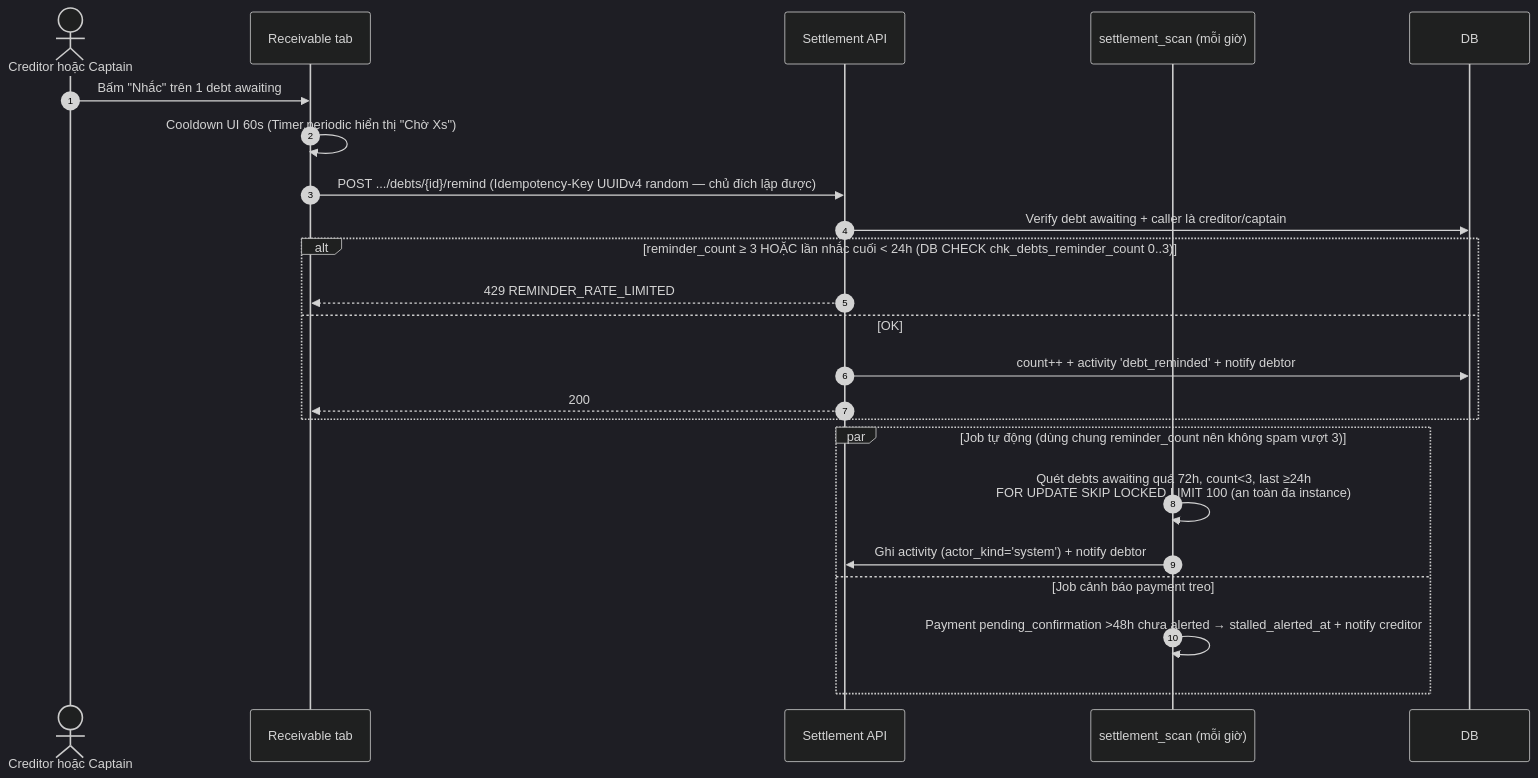
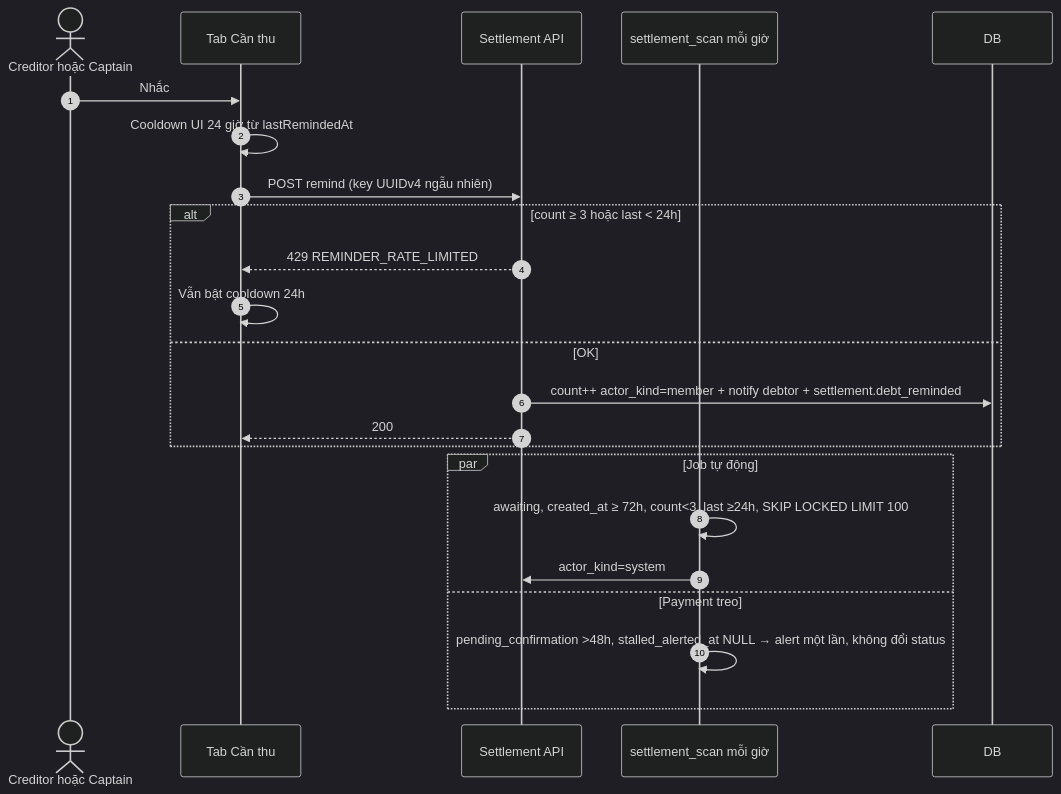
The fifth of 8 diagrams in flow/04-settlement.md (FintechVSF-Tranning/PaySplit-RP), drawn with Mermaid (dark theme) before and after one commit. The commit also changed other lines of this file and 8 other files, not shown here.

````diff
--- a/flow/04-settlement.md
+++ b/flow/04-settlement.md
@@ -194,26 +214,26 @@
 ```mermaid
 sequenceDiagram
     autonumber
     actor S as Creditor hoặc Captain
-    participant FE as Receivable tab
+    participant FE as Tab Cần thu
     participant BE as Settlement API
-    participant Q as settlement_scan (mỗi giờ)
+    participant Q as settlement_scan mỗi giờ
 
-    S->>FE: Bấm "Nhắc" trên 1 debt awaiting
-    FE->>FE: Cooldown UI 60s (Timer.periodic hiển thị "Chờ Xs")
-    FE->>BE: POST .../debts/{id}/remind (Idempotency-Key UUIDv4 random — chủ đích lặp được)
-    BE->>DB: Verify debt awaiting + caller là creditor/captain
-    alt reminder_count ≥ 3 HOẶC lần nhắc cuối < 24h (DB CHECK chk_debts_reminder_count 0..3)
+    S->>FE: Nhắc
+    FE->>FE: Cooldown UI 24 giờ từ lastRemindedAt
+    FE->>BE: POST remind (key UUIDv4 ngẫu nhiên)
+    alt count ≥ 3 hoặc last < 24h
         BE-->>FE: 429 REMINDER_RATE_LIMITED
+        FE->>FE: Vẫn bật cooldown 24h
     else OK
-        BE->>DB: count++ + activity 'debt_reminded' + notify debtor
+        BE->>DB: count++ actor_kind=member + notify debtor + settlement.debt_reminded
         BE-->>FE: 200
     end
 
-    par Job tự động (dùng chung reminder_count nên không spam vượt 3)
-        Q->>Q: Quét debts awaiting quá 72h, count<3, last ≥24h<br/>FOR UPDATE SKIP LOCKED LIMIT 100 (an toàn đa instance)
-        Q->>BE: Ghi activity (actor_kind='system') + notify debtor
-    and Job cảnh báo payment treo
-        Q->>Q: Payment pending_confirmation >48h chưa alerted → stalled_alerted_at + notify creditor
+    par Job tự động
+        Q->>Q: awaiting, created_at ≥ 72h, count<3, last ≥24h, SKIP LOCKED LIMIT 100
+        Q->>BE: actor_kind=system
+    and Payment treo
+        Q->>Q: pending_confirmation >48h, stalled_alerted_at NULL → alert một lần, không đổi status
     end
 ```
````
